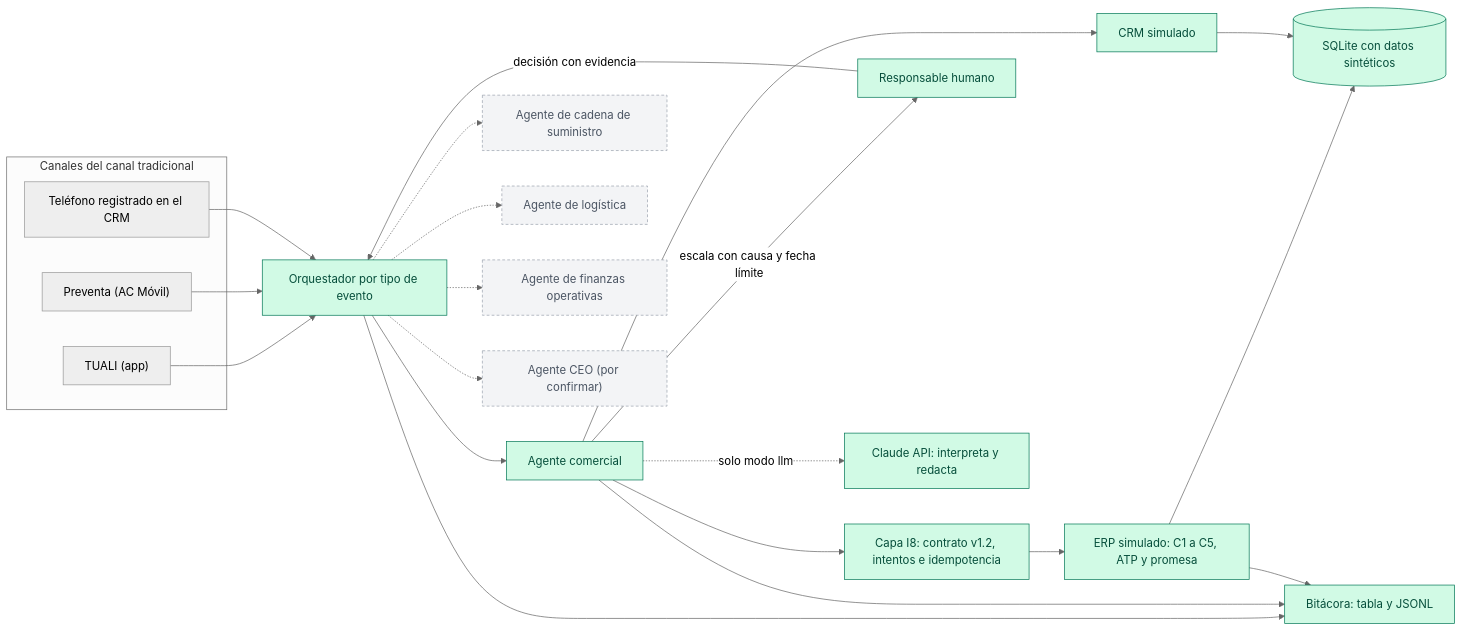
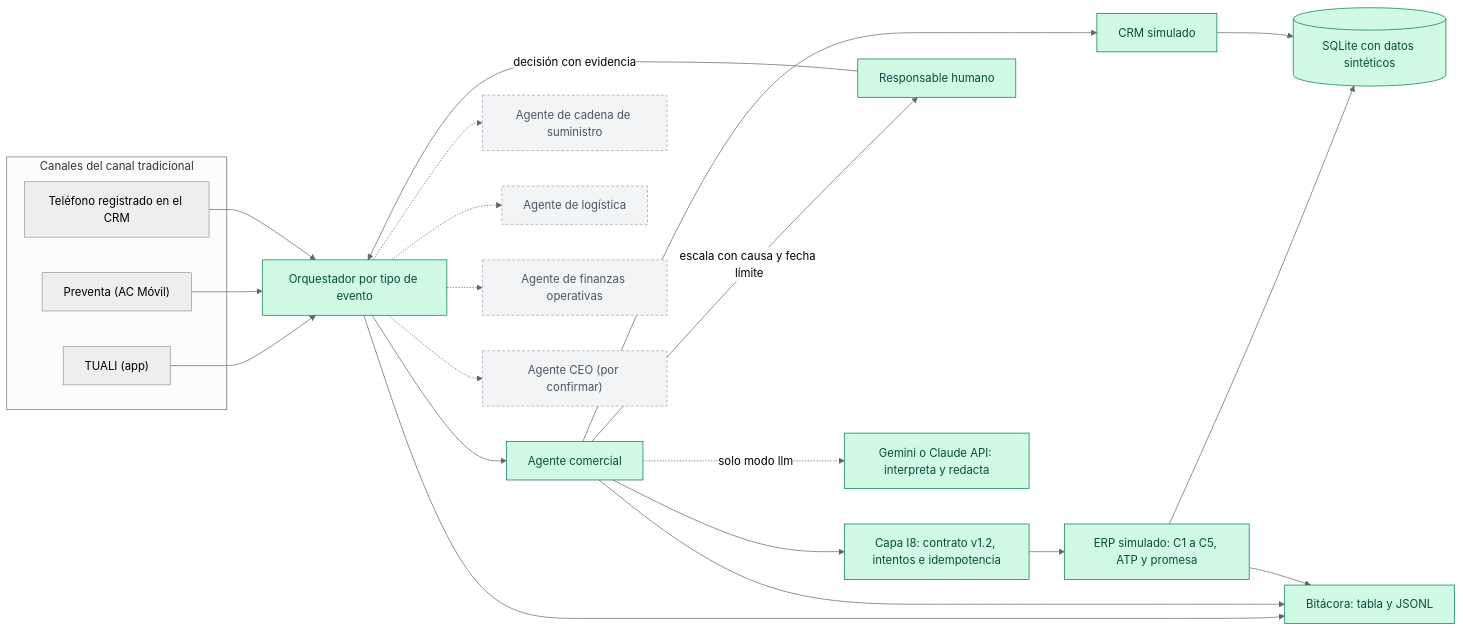
The first of 3 diagrams in README.md (Salvador0302/ge703-agente-sie-cocacola), drawn with Mermaid (neutral theme) before and after one commit. The commit also changed other lines of this file and 9 other files, not shown here.

First line of the commit message:
feat(llm): proveedor Gemini (nivel gratuito) para el modo llm, con respaldo a reglas

````diff
--- a/README.md
+++ b/README.md
@@ -19,32 +19,32 @@
 ```mermaid
 flowchart LR
     subgraph canales["Canales del canal tradicional"]
         T["TUALI (app)"]
         P["Preventa (AC Móvil)"]
         F["Teléfono registrado en el CRM"]
     end
     T --> O
     P --> O
     F --> O
     O["Orquestador por tipo de evento"]
     O --> A["Agente comercial"]
     A --> C["CRM simulado"]
     A --> I8["Capa I8: contrato v1.2, intentos e idempotencia"]
     I8 --> E["ERP simulado: C1 a C5, ATP y promesa"]
     E --> DB[("SQLite con datos sintéticos")]
     C --> DB
     A -->|"escala con causa y fecha límite"| H["Responsable humano"]
     H -->|"decisión con evidencia"| O
     O --> B["Bitácora: tabla y JSONL"]
     A --> B
     E --> B
-    A -.->|"solo modo llm"| L["Claude API: interpreta y redacta"]
+    A -.->|"solo modo llm"| L["Gemini o Claude API: interpreta y redacta"]
     O -.-> CS["Agente de cadena de suministro"]
     O -.-> LG["Agente de logística"]
     O -.-> FO["Agente de finanzas operativas"]
     O -.-> CEO["Agente CEO (por confirmar)"]
     classDef hecho fill:#d1fae5,stroke:#047857,color:#064e3b
     classDef previsto fill:#f3f4f6,stroke:#9ca3af,color:#4b5563,stroke-dasharray:4 3
     class O,A,C,I8,E,DB,H,B,L hecho
     class CS,LG,FO,CEO previsto
 ```
````
